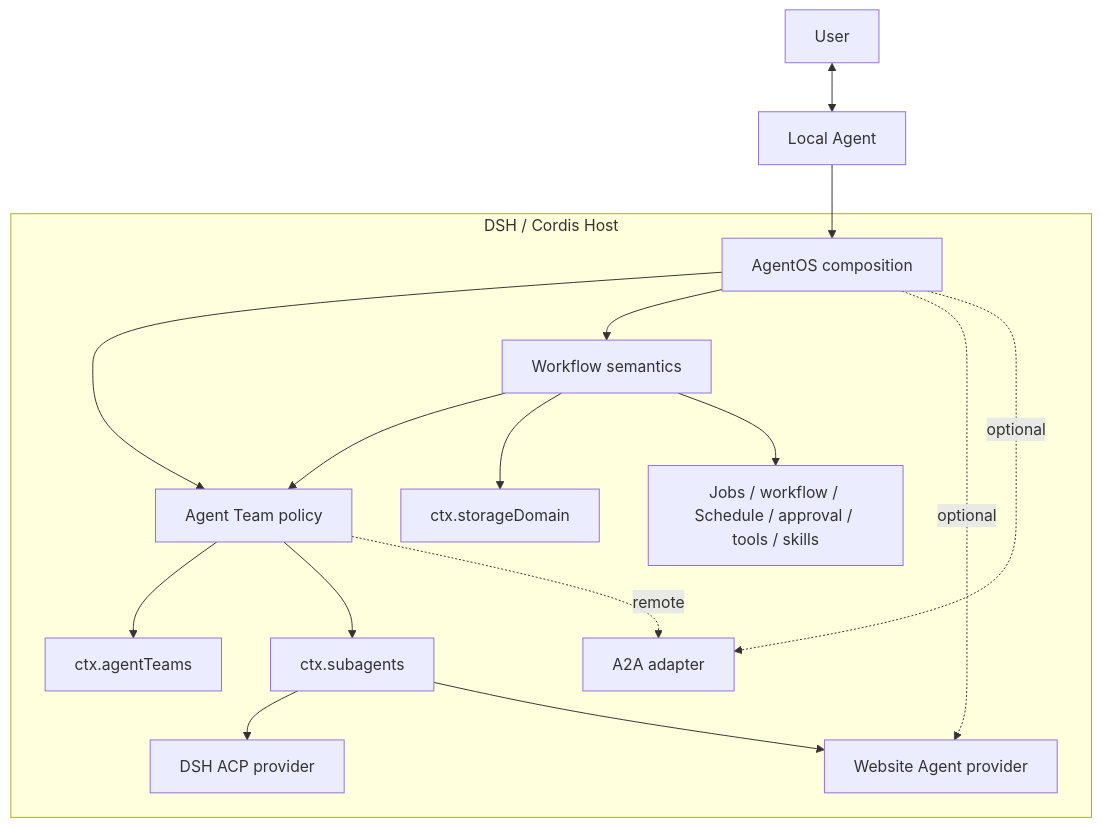
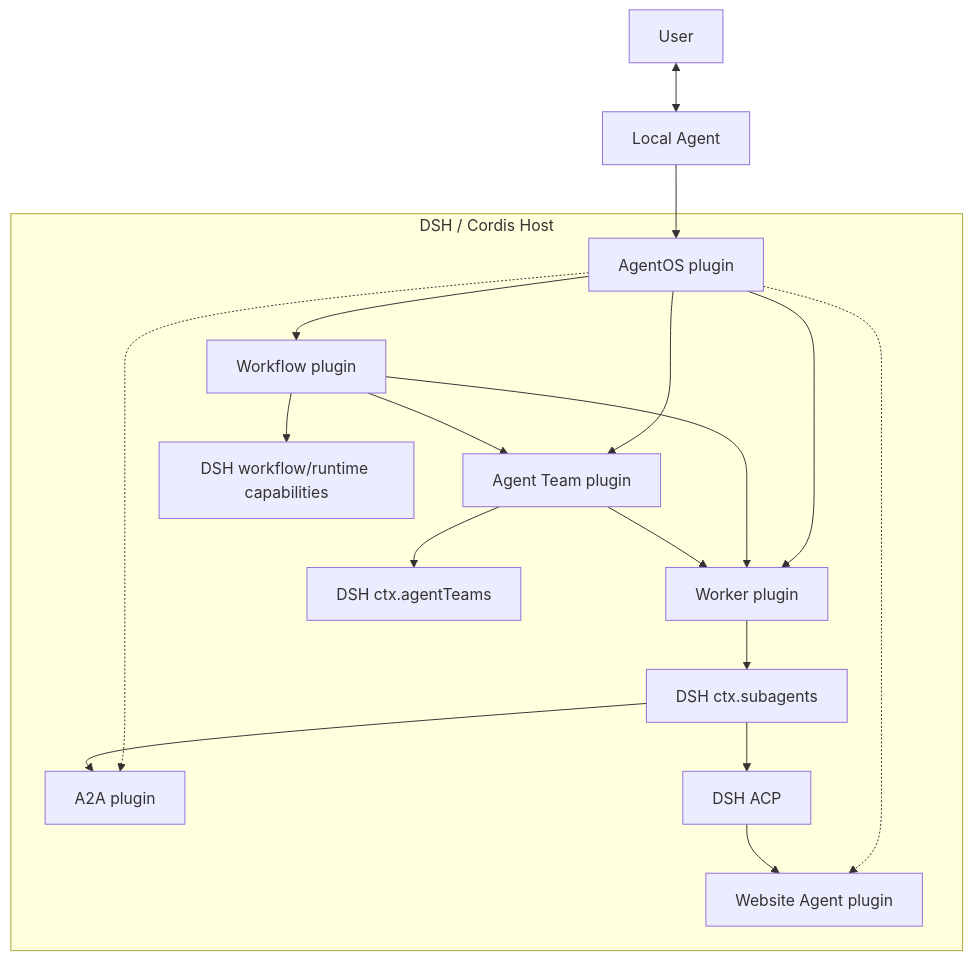
One commit to tsuuanmi/AgentOS changed the diagram in docs/architecture/README.md. Above: the diagram before and after it, drawn with Mermaid. The commit also changed other lines of this file, not shown here.

Commit message:
docs: reorganize architecture around canonical plugin folders

```diff
--- a/docs/architecture/README.md
+++ b/docs/architecture/README.md
@@ -35,34 +38,38 @@
 ~~~mermaid
 flowchart TB
     User[User] <--> Local[Local Agent]
 
     subgraph Host["DSH / Cordis Host"]
-        AO[AgentOS composition]
-        Team[Agent Team policy]
-        WF[Workflow semantics]
-        Website[Website Agent provider]
-        A2A[A2A adapter]
+        AO[AgentOS plugin]
+        WF[Workflow plugin]
+        Team[Agent Team plugin]
+        Worker[Worker plugin]
+        Website[Website Agent plugin]
+        A2A[A2A plugin]
 
-        DSHAT[ctx.agentTeams]
-        Sub[ctx.subagents]
-        ACP[DSH ACP provider]
-        Store[ctx.storageDomain]
-        Runtime[Jobs / workflow / Schedule / approval / tools / skills]
+        DSHAT[DSH ctx.agentTeams]
+        Sub[DSH ctx.subagents]
+        ACP[DSH ACP]
+        Runtime[DSH workflow/runtime capabilities]
     end
 
     Local --> AO
+
+    AO --> WF
     AO --> Team
-    AO --> WF
-    AO -. optional .-> Website
-    AO -. optional .-> A2A
+    AO --> Worker
+    AO -.-> Website
+    AO -.-> A2A
 
     WF --> Team
+    WF --> Worker
+    Team --> Worker
+
     Team --> DSHAT
-    Team --> Sub
+    Worker --> Sub
     Sub --> ACP
-    Sub --> Website
-    Team -. remote .-> A2A
+    ACP --> Website
+    Sub --> A2A
 
-    WF --> Store
     WF --> Runtime
 ~~~
```
